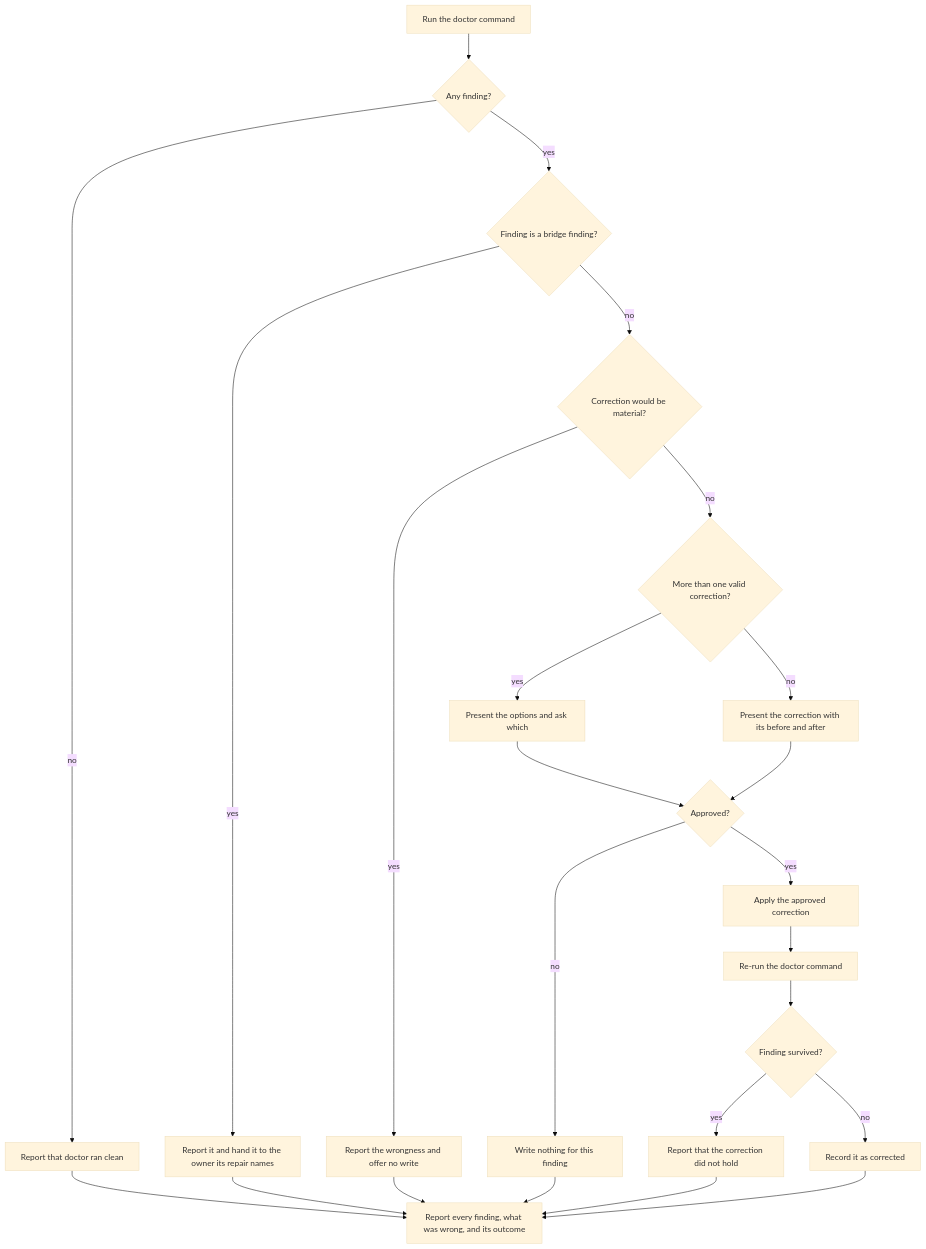
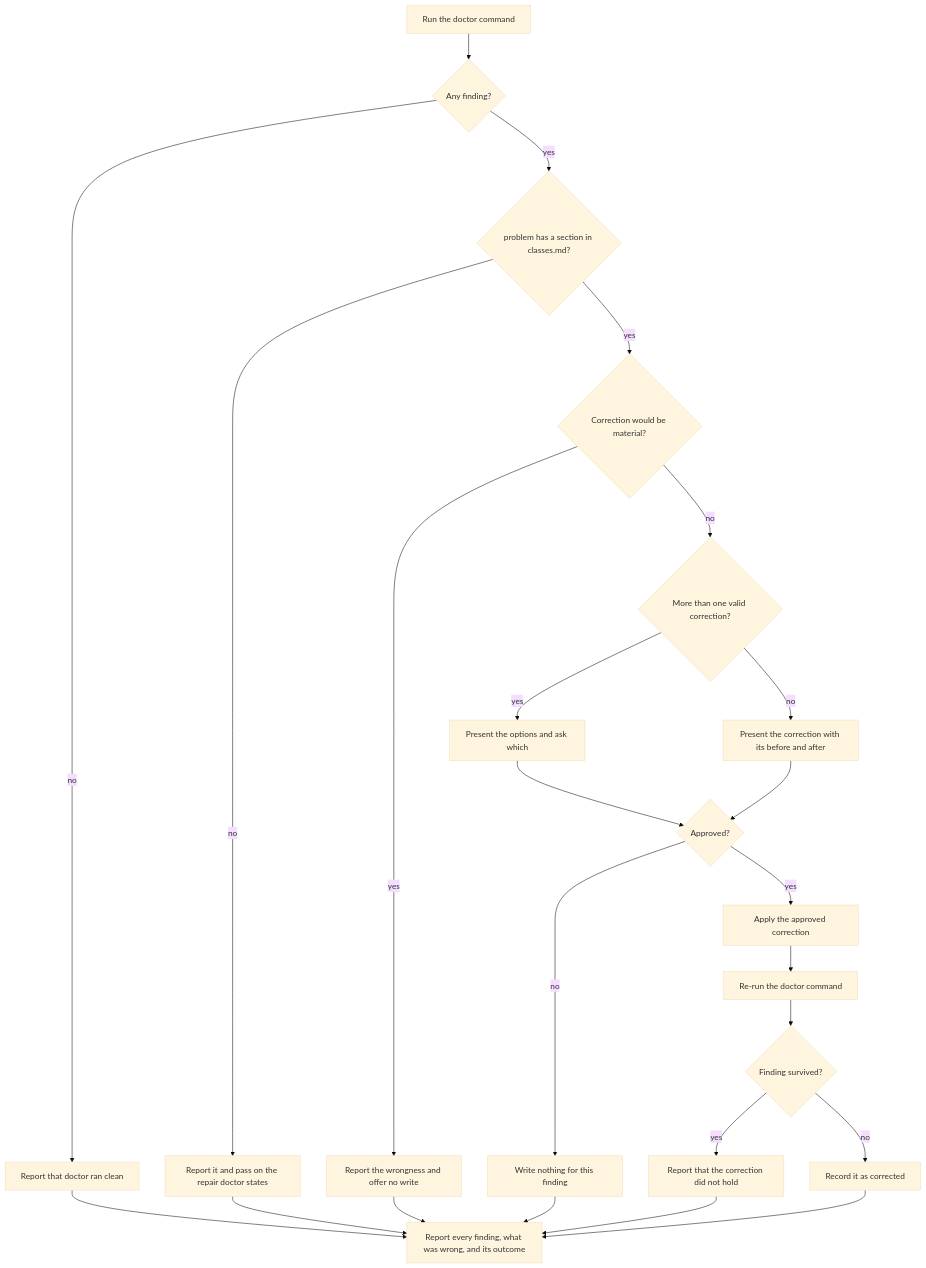
One commit to repobuddy/buddy-agent-harness changed the diagram in packages/buddy-agent-harness/.agents/spec/skills/repair/README.md. Above: the diagram before and after it, drawn with Mermaid (base theme). The commit also changed other lines of this file and 8 other files, not shown here.

````diff
--- a/packages/buddy-agent-harness/.agents/spec/skills/repair/README.md
+++ b/packages/buddy-agent-harness/.agents/spec/skills/repair/README.md
@@ -83,26 +84,26 @@
 ```mermaid
 flowchart TD
   A[Run the doctor command] --> B{Any finding?}
   B -->|no| C[Report that doctor ran clean]
-  B -->|yes| D{Finding is a bridge finding?}
-  D -->|yes| E[Report it and hand it to the owner its repair names]
-  D -->|no| F{Correction would be material?}
+  B -->|yes| D{problem has a section in classes.md?}
+  D -->|no| E[Report it and pass on the repair doctor states]
+  D -->|yes| F{Correction would be material?}
   F -->|yes| G[Report the wrongness and offer no write]
   F -->|no| H{More than one valid correction?}
   H -->|yes| I[Present the options and ask which]
   H -->|no| J[Present the correction with its before and after]
   I --> K{Approved?}
   J --> K
   K -->|no| L[Write nothing for this finding]
   K -->|yes| M[Apply the approved correction]
   M --> N[Re-run the doctor command]
   N --> O{Finding survived?}
   O -->|yes| P[Report that the correction did not hold]
   O -->|no| Q[Record it as corrected]
   C --> R[Report every finding, what was wrong, and its outcome]
   E --> R
   G --> R
   L --> R
   P --> R
   Q --> R
 ```
````
